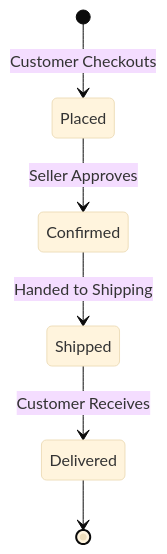
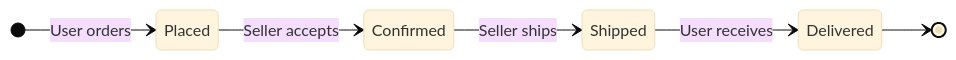
Before and after one commit to nguyendinhthanhh/ecommerce-platform: the second of 2 diagrams in README.md, drawn with Mermaid (base theme). The commit also changed other lines of this file, not shown here.

````diff
--- a/README.md
+++ b/README.md
@@ -164,8 +183,9 @@
 ```mermaid
 stateDiagram-v2
-    [*] --> Placed: Customer Checkouts
-    Placed --> Confirmed: Seller Approves
-    Confirmed --> Shipped: Handed to Shipping
-    Shipped --> Delivered: Customer Receives
+    direction LR
+    [*] --> Placed: User orders
+    Placed --> Confirmed: Seller accepts
+    Confirmed --> Shipped: Seller ships
+    Shipped --> Delivered: User receives
     Delivered --> [*]
 ```
````
